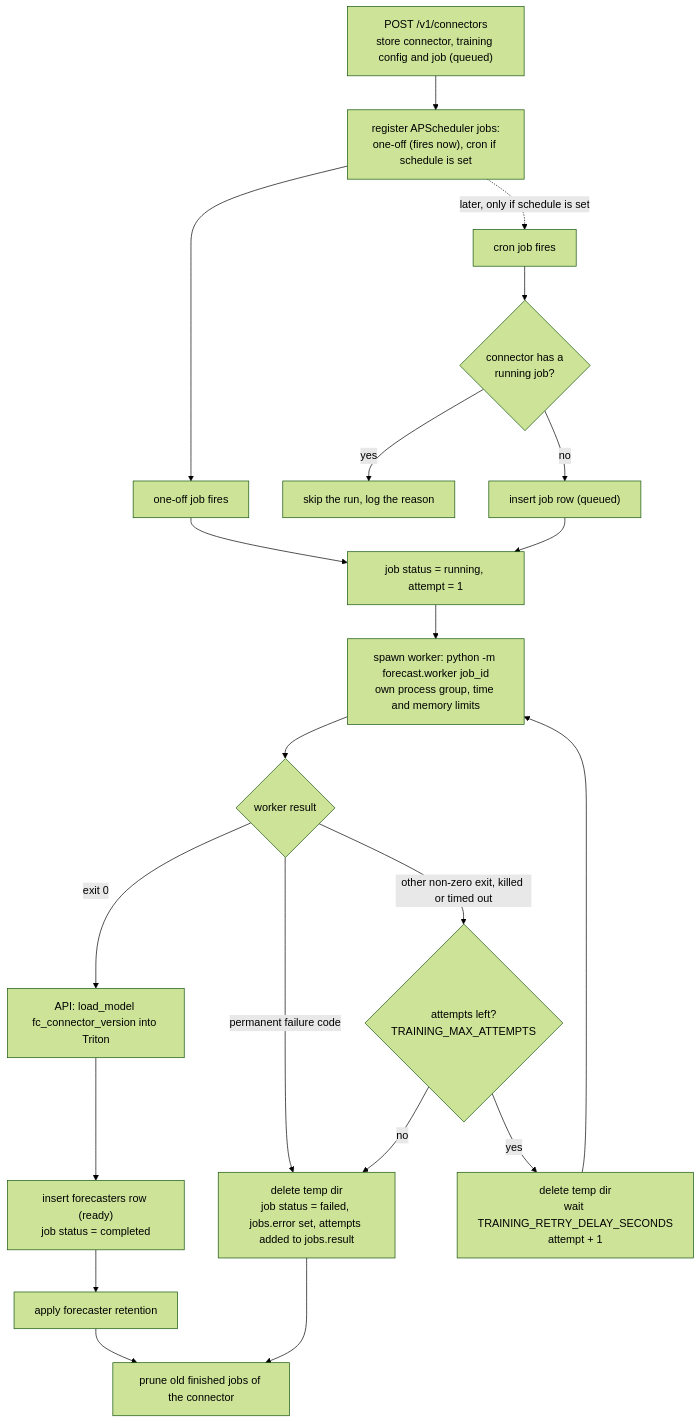
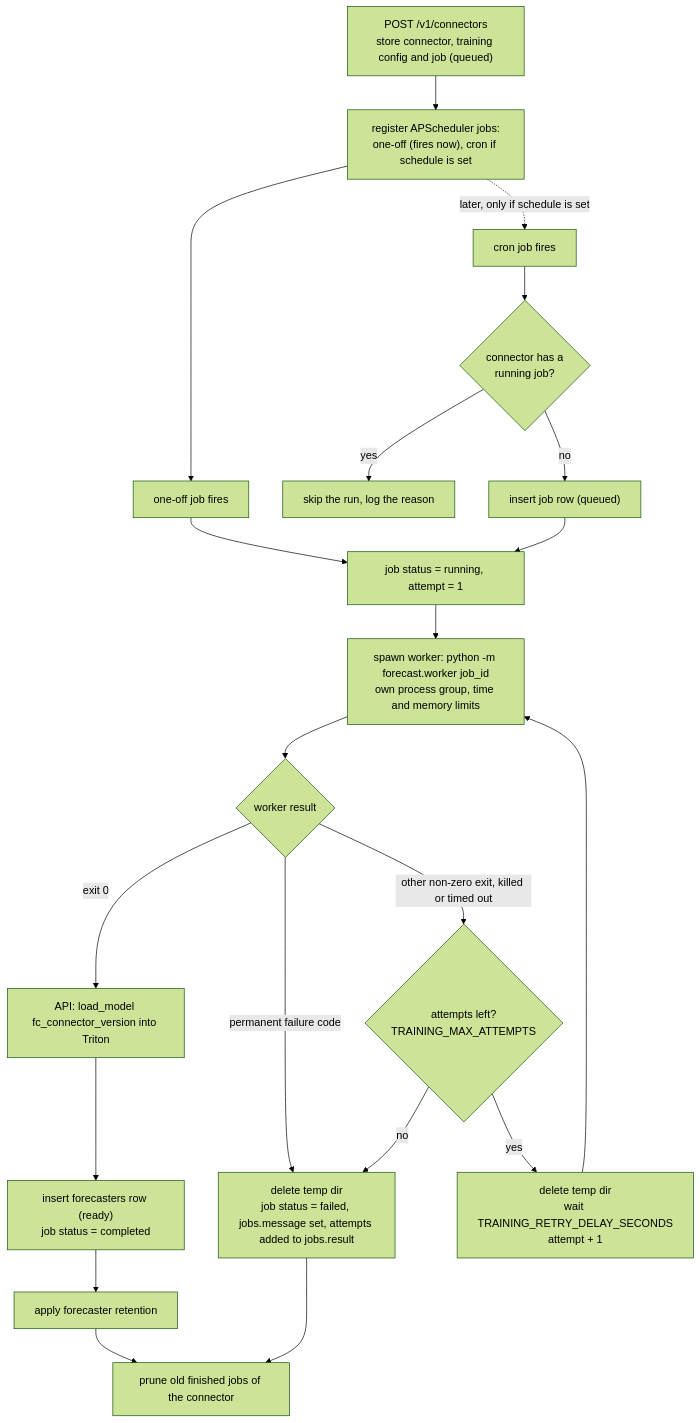
Before and after one commit to IBM/project-ai-services: the first of 4 diagrams in docs/proposals/forecast_service_proposal.md, drawn with Mermaid (forest theme). The commit also changed other lines of this file and 12 other files, not shown here.

````diff
--- a/docs/proposals/forecast_service_proposal.md
+++ b/docs/proposals/forecast_service_proposal.md
@@ -107,27 +107,27 @@
 ```mermaid
 flowchart TD
     POST["POST /v1/connectors<br/>store connector, training config and job (queued)"] --> REG["register APScheduler jobs:<br/>one-off (fires now), cron if schedule is set"]
     REG --> ONE["one-off job fires"]
     REG -.->|"later, only if schedule is set"| CRON["cron job fires"]
 
     CRON --> ACTIVE{"connector has a<br/>running job?"}
     ACTIVE -- yes --> SKIP["skip the run, log the reason"]
     ACTIVE -- no --> INS["insert job row (queued)"]
 
     ONE --> RUN
     INS --> RUN["job status = running, attempt = 1"]
     RUN --> SPAWN["spawn worker: python -m forecast.worker job_id<br/>own process group, time and memory limits"]
     SPAWN --> EXIT{"worker result"}
 
     EXIT -- "exit 0" --> LOAD["API: load_model fc_connector_version into Triton"]
     LOAD --> REC["insert forecasters row (ready)<br/>job status = completed"]
     REC --> RET["apply forecaster retention"]
     RET --> PRUNE
 
     EXIT -- "permanent failure code" --> FAIL
     EXIT -- "other non-zero exit, killed or timed out" --> MORE{"attempts left?<br/>TRAINING_MAX_ATTEMPTS"}
     MORE -- yes --> WAIT["delete temp dir<br/>wait TRAINING_RETRY_DELAY_SECONDS<br/>attempt + 1"]
     WAIT --> SPAWN
-    MORE -- no --> FAIL["delete temp dir<br/>job status = failed, jobs.error set, attempts added to jobs.result"]
+    MORE -- no --> FAIL["delete temp dir<br/>job status = failed, jobs.message set, attempts added to jobs.result"]
     FAIL --> PRUNE["prune old finished jobs of the connector"]
 ```
````
